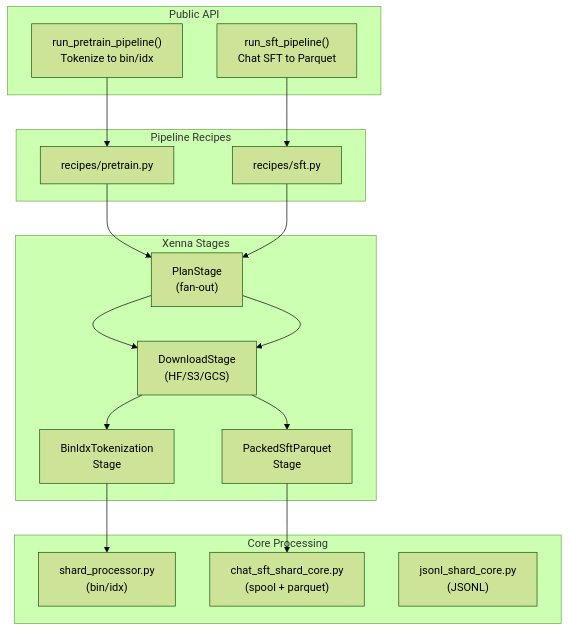
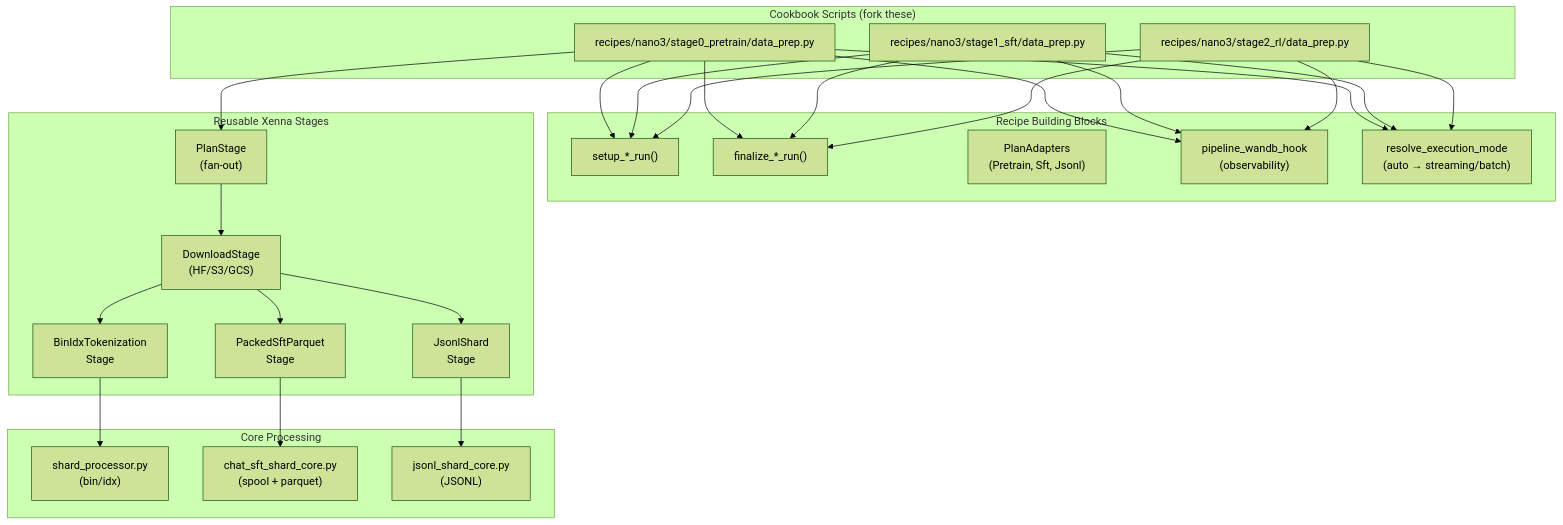
The diagram in src/nemotron/data_prep/README.md (NVIDIA-NeMo/Nemotron), drawn with Mermaid (forest theme) before and after one commit. The commit also changed other lines of this file and 51 other files, not shown here.

Commit message:
Simplify data-prep to be more inline with our philosophy

````diff
--- a/src/nemotron/data_prep/README.md
+++ b/src/nemotron/data_prep/README.md
@@ -16,34 +59,41 @@
 ```mermaid
 flowchart TB
-    subgraph api["Public API"]
-        pretrain["run_pretrain_pipeline()<br/>Tokenize to bin/idx"]
-        sft["run_sft_pipeline()<br/>Chat SFT to Parquet"]
+    subgraph cookbook["Cookbook Scripts (fork these)"]
+        pretrain_script["recipes/nano3/stage0_pretrain/data_prep.py"]
+        sft_script["recipes/nano3/stage1_sft/data_prep.py"]
+        rl_script["recipes/nano3/stage2_rl/data_prep.py"]
     end
 
-    subgraph recipes["Pipeline Recipes"]
-        pretrain_recipe["recipes/pretrain.py"]
-        sft_recipe["recipes/sft.py"]
+    subgraph recipes["Recipe Building Blocks"]
+        setup["setup_*_run()"]
+        finalize["finalize_*_run()"]
+        adapters["PlanAdapters<br/>(Pretrain, Sft, Jsonl)"]
+        wandb_hook["pipeline_wandb_hook<br/>(observability)"]
+        exec_mode["resolve_execution_mode<br/>(auto → streaming/batch)"]
     end
 
-    subgraph stages["Xenna Stages"]
+    subgraph stages["Reusable Xenna Stages"]
         plan["PlanStage<br/>(fan-out)"]
         download["DownloadStage<br/>(HF/S3/GCS)"]
         binidx["BinIdxTokenization<br/>Stage"]
         packed_sft["PackedSftParquet<br/>Stage"]
+        jsonl_shard["JsonlShard<br/>Stage"]
     end
 
     subgraph core["Core Processing"]
         shard_proc["shard_processor.py<br/>(bin/idx)"]
         chat_core["chat_sft_shard_core.py<br/>(spool + parquet)"]
         jsonl_core["jsonl_shard_core.py<br/>(JSONL)"]
     end
 
-    pretrain --> pretrain_recipe
-    sft --> sft_recipe
+    pretrain_script --> setup & finalize & wandb_hook & exec_mode
+    sft_script --> setup & finalize & wandb_hook & exec_mode
+    rl_script --> setup & finalize & wandb_hook & exec_mode
 
-    pretrain_recipe --> plan --> download --> binidx
-    sft_recipe --> plan --> download --> packed_sft
+    pretrain_script --> plan --> download
+    download --> binidx & packed_sft & jsonl_shard
 
     binidx --> shard_proc
     packed_sft --> chat_core
+    jsonl_shard --> jsonl_core
 ```
````
